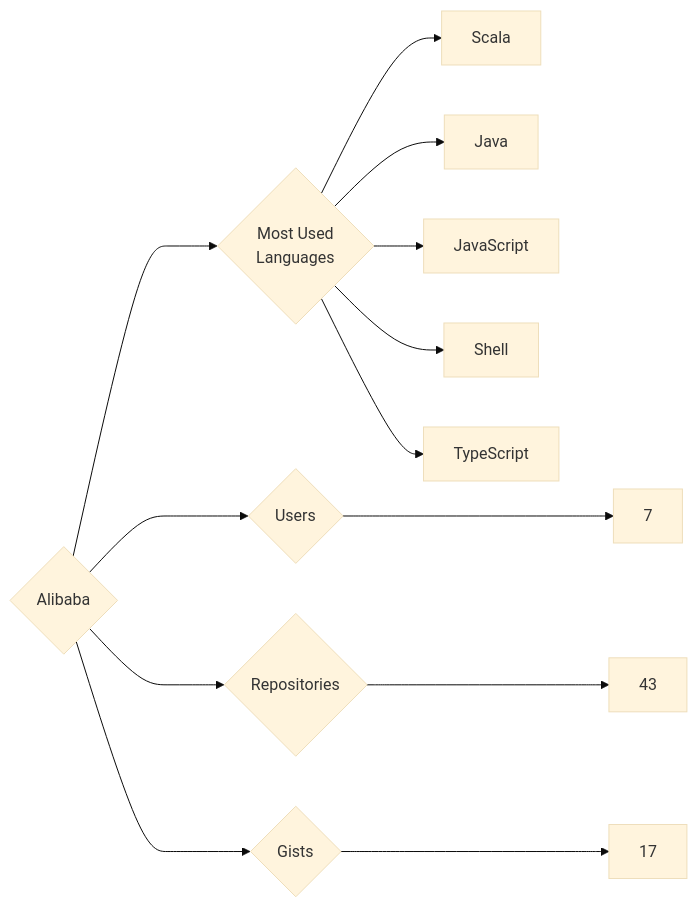
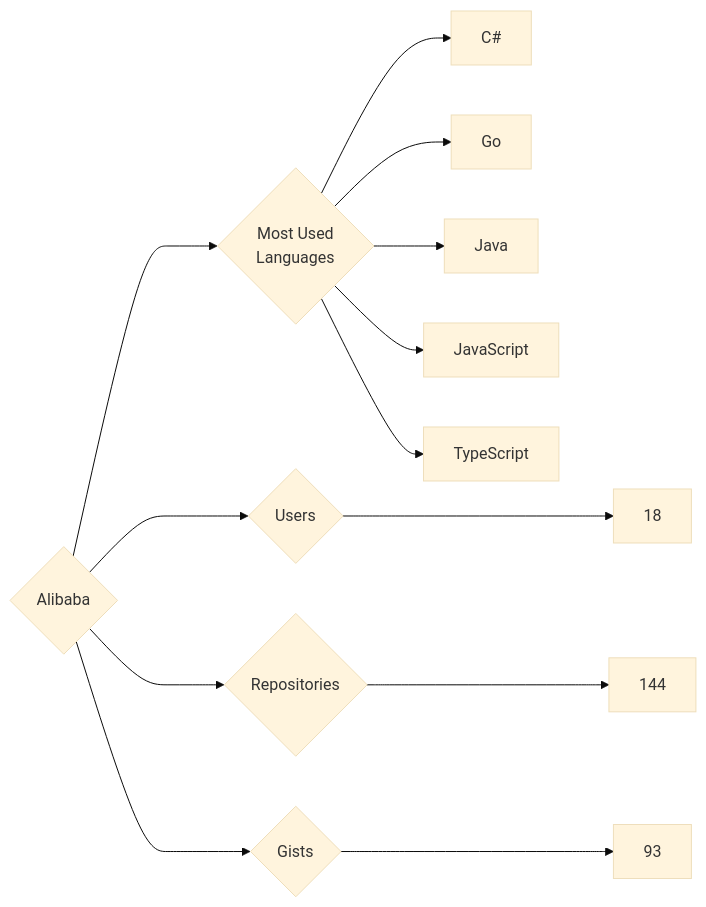
One commit to trickest/insiders changed the diagram in targets/Alibaba/README.md. Above: the diagram before and after it, drawn with Mermaid (base theme). The commit also changed 1175 other files, not shown here.

````diff
--- a/targets/Alibaba/README.md
+++ b/targets/Alibaba/README.md
@@ -3,13 +3,13 @@
 ```mermaid
 graph LR
 COMPANY_NAME{Alibaba}
-COMPANY_NAME ---> U{Users} ---> UN[7]
-COMPANY_NAME ---> R{Repositories} ---> RN[43]
-COMPANY_NAME ---> G{Gists} ---> GN[17]
+COMPANY_NAME ---> U{Users} ---> UN[18]
+COMPANY_NAME ---> R{Repositories} ---> RN[144]
+COMPANY_NAME ---> G{Gists} ---> GN[93]
 COMPANY_NAME ---> ML{Most Used<br>Languages}
-ML --> Scala[Scala]
+ML --> C#[C#]
+ML --> Go[Go]
 ML --> Java[Java]
 ML --> JavaScript[JavaScript]
-ML --> Shell[Shell]
 ML --> TypeScript[TypeScript]
 ```
````
